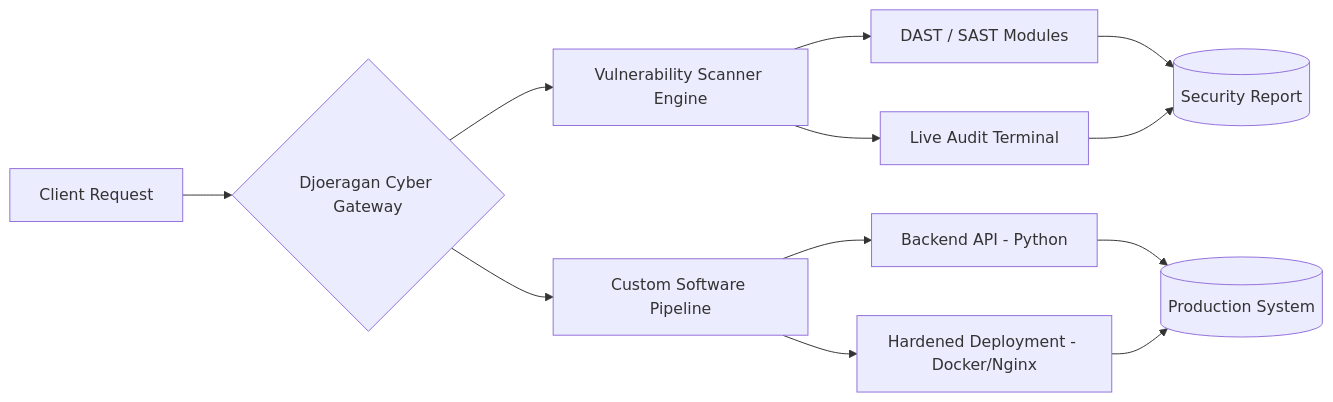
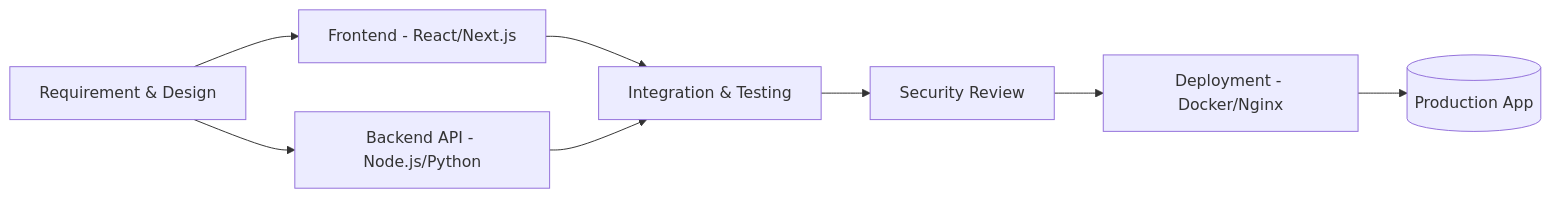
One commit to rendikaangesti/rendikaangesti changed the diagram in README.md. Above: the diagram before and after it, drawn with Mermaid. The commit also changed other lines of this file, not shown here.

````diff
--- a/README.md
+++ b/README.md
@@ -105,14 +93,10 @@
 ```mermaid
 flowchart LR
-    A[Client Request] --> B{Djoeragan Cyber Gateway}
-    B --> C[Vulnerability Scanner Engine]
-    B --> D[Custom Software Pipeline]
-    C --> E[DAST / SAST Modules]
-    C --> F[Live Audit Terminal]
-    D --> G[Backend API - Python]
-    D --> H[Hardened Deployment - Docker/Nginx]
-    E --> I[(Security Report)]
-    F --> I
-    G --> J[(Production System)]
-    H --> J
+    A[Requirement & Design] --> B[Frontend - React/Next.js]
+    A --> C[Backend API - Node.js/Python]
+    B --> D[Integration & Testing]
+    C --> D
+    D --> E[Security Review]
+    E --> F[Deployment - Docker/Nginx]
+    F --> G[(Production App)]
 ```
````
